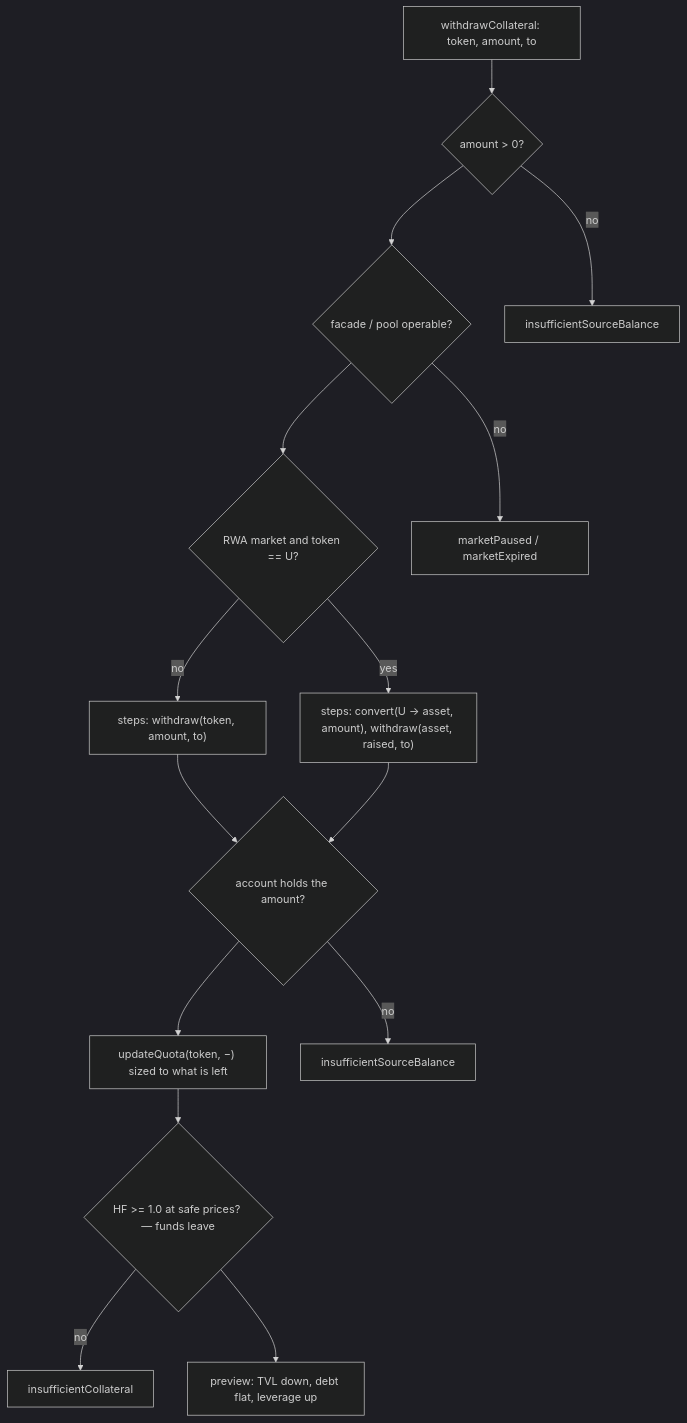
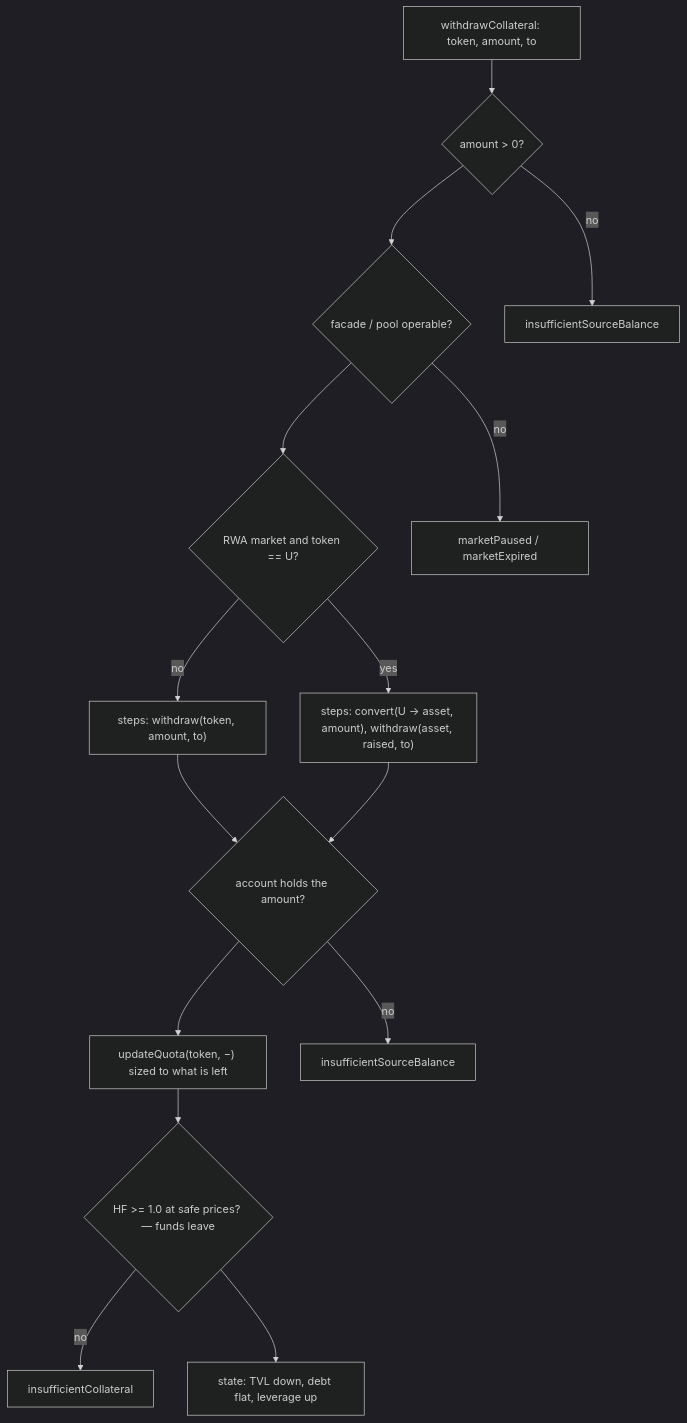
One commit to Gearbox-protocol/sdk changed the first of 2 diagrams in docs/intents/withdraw-asset.md. Above: the diagram before and after it, drawn with Mermaid (dark theme). The commit also changed 23 other files, not shown here.

````diff
--- a/docs/intents/withdraw-asset.md
+++ b/docs/intents/withdraw-asset.md
@@ -26,25 +26,25 @@
 ```mermaid
 flowchart TD
   in["withdrawCollateral: token, amount, to"]
   pos{"amount > 0?"}
   op{"facade / pool operable?"}
   rwa{"RWA market and token == U?"}
   s1["steps: withdraw(token, amount, to)"]
   s2["steps: convert(U → asset, amount), withdraw(asset, raised, to)"]
   holds{"account holds the amount?"}
   q["updateQuota(token, −) sized to what is left"]
   hf{"HF >= 1.0 at safe prices? — funds leave"}
-  out["preview: TVL down, debt flat, leverage up"]
+  out["state: TVL down, debt flat, leverage up"]
 
   in --> pos
   pos -->|"no"| e1["insufficientSourceBalance"]
   pos --> op
   op -->|"no"| e2["marketPaused / marketExpired"]
   op --> rwa
   rwa -->|"no"| s1 --> holds
   rwa -->|"yes"| s2 --> holds
   holds -->|"no"| e3["insufficientSourceBalance"]
   holds --> q --> hf
   hf -->|"no"| e4["insufficientCollateral"]
   hf --> out
 ```
````
